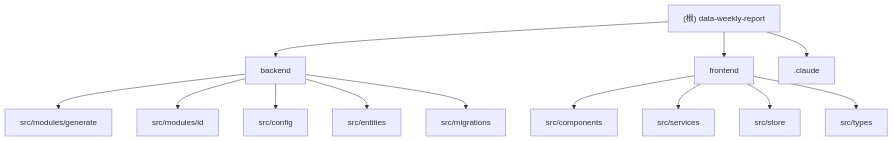
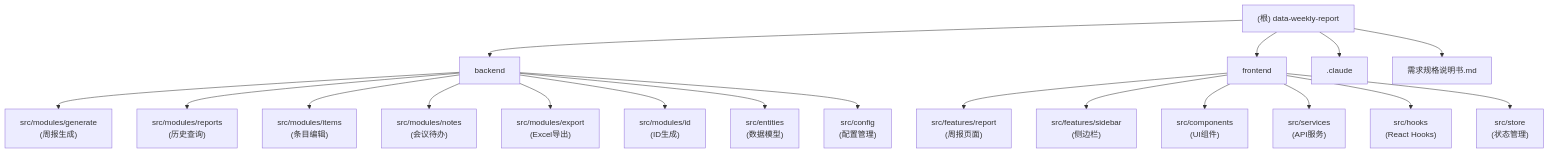
Before and after one commit to afashi/data-weekly-report: the diagram in CLAUDE.md, drawn with Mermaid. The commit also changed other lines of this file and 18 other files, not shown here.

````diff
--- a/CLAUDE.md
+++ b/CLAUDE.md
@@ -56,20 +72,26 @@
 ```mermaid
 graph TD
     A["(根) data-weekly-report"] --> B["backend"];
     A --> C["frontend"];
     A --> D[".claude"];
+    A --> E["需求规格说明书.md"];
 
-    B --> B1["src/modules/generate"];
-    B --> B2["src/modules/id"];
-    B --> B3["src/config"];
-    B --> B4["src/entities"];
-    B --> B5["src/migrations"];
+    B --> B1["src/modules/generate<br/>(周报生成)"];
+    B --> B2["src/modules/reports<br/>(历史查询)"];
+    B --> B3["src/modules/items<br/>(条目编辑)"];
+    B --> B4["src/modules/notes<br/>(会议待办)"];
+    B --> B5["src/modules/export<br/>(Excel导出)"];
+    B --> B6["src/modules/id<br/>(ID生成)"];
+    B --> B7["src/entities<br/>(数据模型)"];
+    B --> B8["src/config<br/>(配置管理)"];
 
-    C --> C1["src/components"];
-    C --> C2["src/services"];
-    C --> C3["src/store"];
-    C --> C4["src/types"];
+    C --> C1["src/features/report<br/>(周报页面)"];
+    C --> C2["src/features/sidebar<br/>(侧边栏)"];
+    C --> C3["src/components<br/>(UI组件)"];
+    C --> C4["src/services<br/>(API服务)"];
+    C --> C5["src/hooks<br/>(React Hooks)"];
+    C --> C6["src/store<br/>(状态管理)"];
 
     click B "./backend/CLAUDE.md" "查看 backend 模块文档"
     click C "./frontend/CLAUDE.md" "查看 frontend 模块文档"
 ```
````
